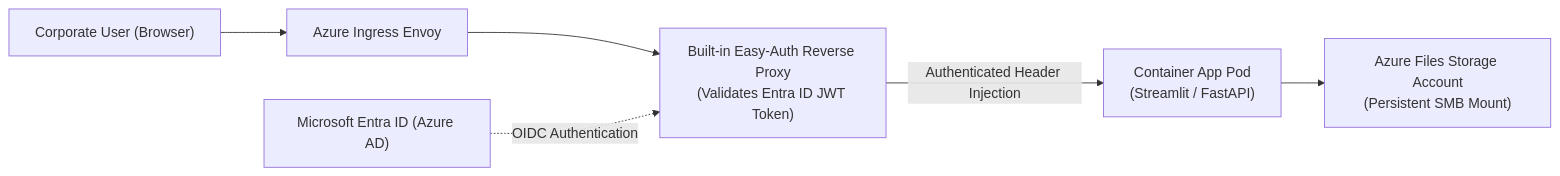
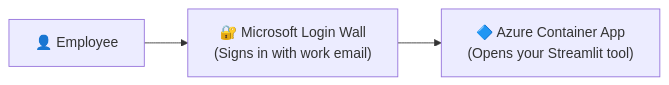
The third of 3 diagrams in Step_by_Step_Deployment_Guide.md (anjanik366/deployment-strategies), drawn with Mermaid before and after one commit. The commit also changed other lines of this file and 10 other files, not shown here.

````diff
--- a/Step_by_Step_Deployment_Guide.md
+++ b/Step_by_Step_Deployment_Guide.md
@@ -202,8 +130,5 @@
 ```mermaid
 flowchart LR
-    User["Corporate User (Browser)"] --> Front["Azure Ingress Envoy"]
-    Front --> EasyAuth["Built-in Easy-Auth Reverse Proxy\n(Validates Entra ID JWT Token)"]
-    EasyAuth -- "Authenticated Header Injection" --> ACA["Container App Pod\n(Streamlit / FastAPI)"]
-    ACA --> AzureFiles["Azure Files Storage Account\n(Persistent SMB Mount)"]
-    Entra["Microsoft Entra ID (Azure AD)"] -. "OIDC Authentication" .-> EasyAuth
+    Employee["👤 Employee"] --> Login["🔐 Microsoft Login Wall\n(Signs in with work email)"]
+    Login --> AzureApp["🔷 Azure Container App\n(Opens your Streamlit tool)"]
 ```
````
